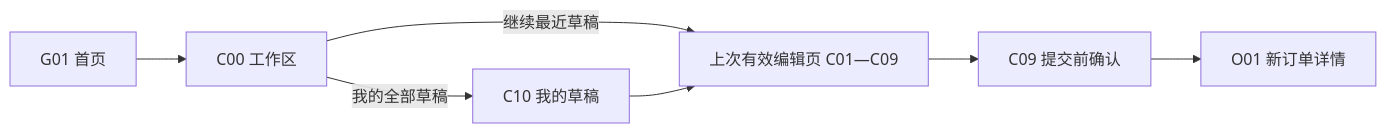
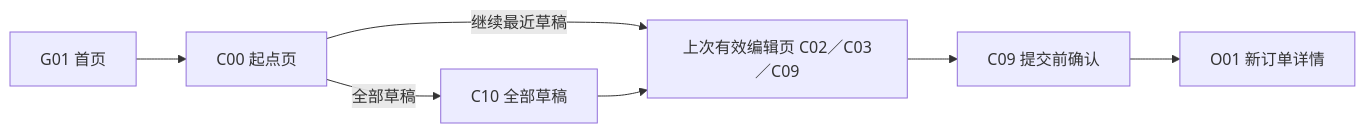
Before and after one commit to Jimokov/orthoflow-erp: the fifth of 19 diagrams in modules/APP-手术通知/03-设计池/02-手术通知APP页面流程-v0.5.md, drawn with Mermaid. The commit also changed other lines of this file and 13 other files, not shown here.

````diff
--- a/modules/APP-手术通知/03-设计池/02-手术通知APP页面流程-v0.5.md
+++ b/modules/APP-手术通知/03-设计池/02-手术通知APP页面流程-v0.5.md
@@ -183,9 +169,9 @@
 ```mermaid
 flowchart LR
-    G01["G01 首页"] --> C00["C00 工作区"]
-    C00 -->|继续最近草稿| LAST["上次有效编辑页 C01—C09"]
-    C00 -->|我的全部草稿| C10["C10 我的草稿"]
+    G01["G01 首页"] --> C00["C00 起点页"]
+    C00 -->|继续最近草稿| LAST["上次有效编辑页 C02／C03／C09"]
+    C00 -->|全部草稿| C10["C10 全部草稿"]
     C10 --> LAST
     LAST --> C09["C09 提交前确认"]
     C09 --> O01["O01 新订单详情"]
 ```
````
